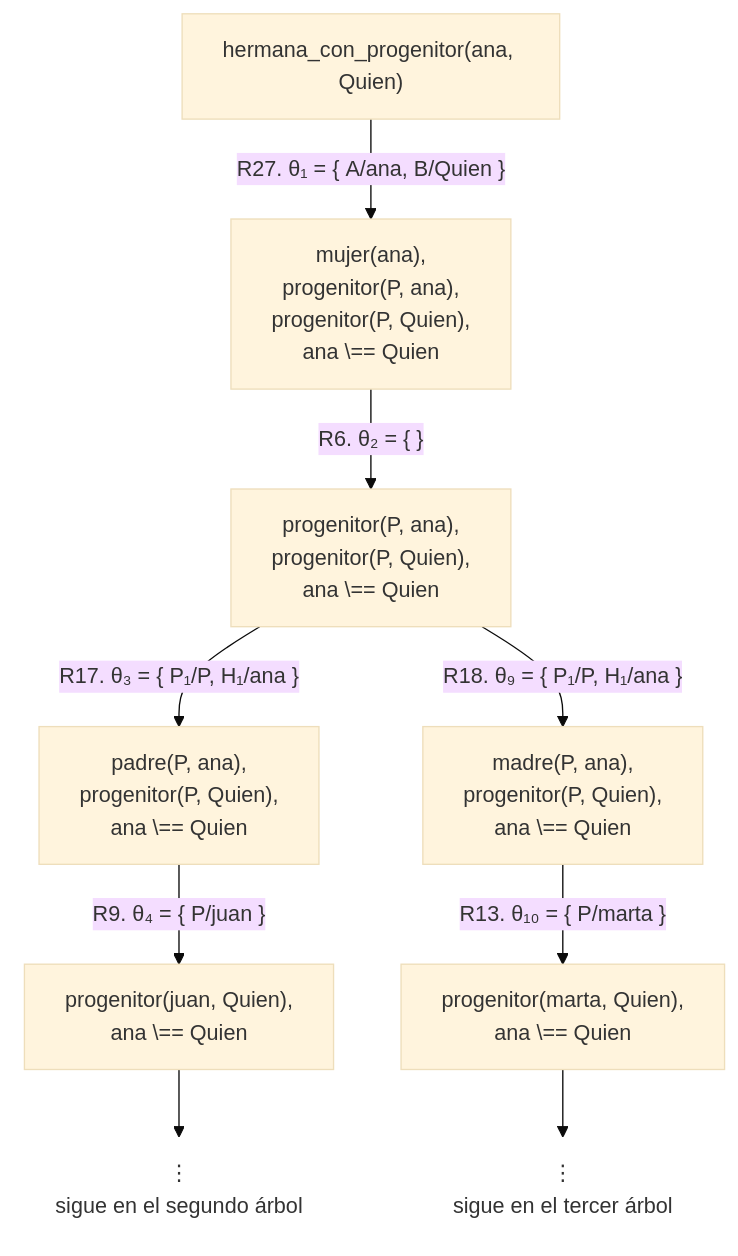
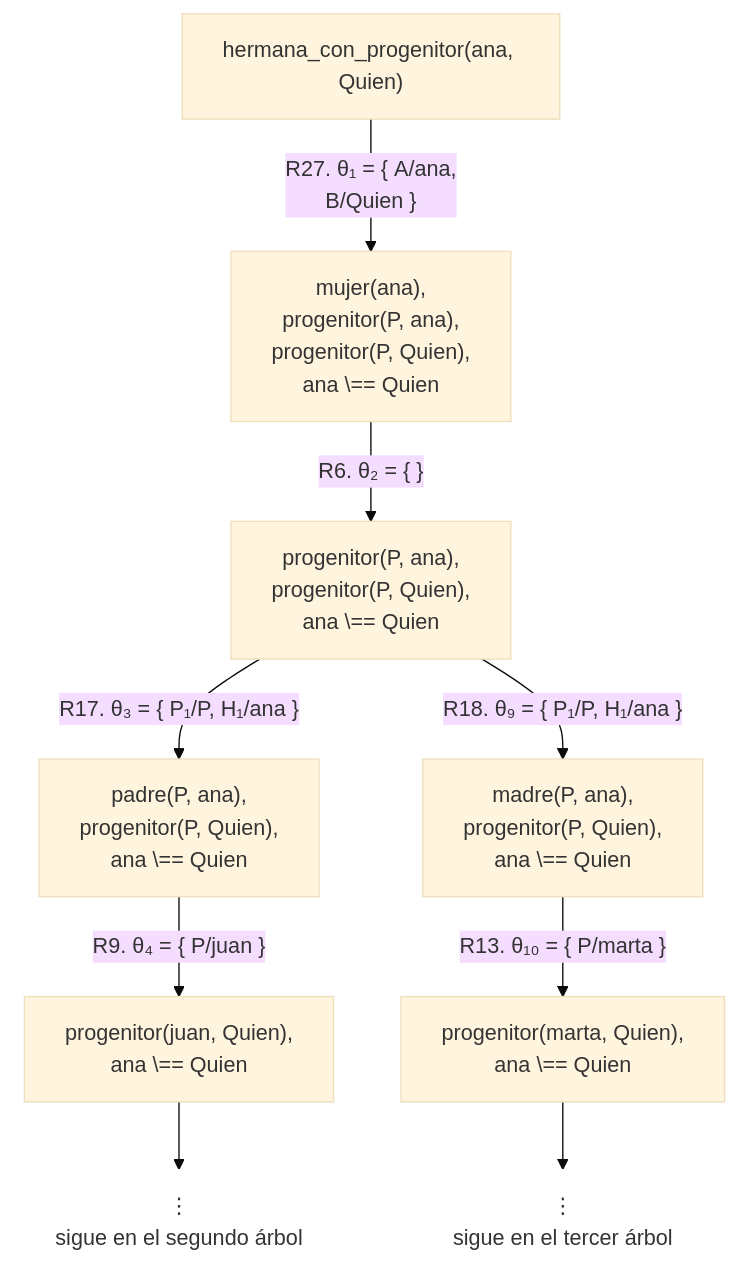
Before and after one commit to CesarBallardini/curso-de-prolog: the second of 6 diagrams in docs/capitulo-03-reglas-y-conjunciones/soluciones.md, drawn with Mermaid (base theme). The commit also changed other lines of this file and 24 other files, not shown here.

First line of the commit message:
feat(docs): botones para ocultar las columnas laterales y etiquetas cortas en los diagramas

````diff
--- a/docs/capitulo-03-reglas-y-conjunciones/soluciones.md
+++ b/docs/capitulo-03-reglas-y-conjunciones/soluciones.md
@@ -204,13 +204,13 @@
 ```mermaid
 flowchart TD
-    A["hermana_con_progenitor(ana, Quien)"] -- "R27. θ₁ = {&nbsp;A/ana, B/Quien&nbsp;}" --> B["mujer(ana),<br/>progenitor(P, ana),<br/>progenitor(P, Quien),<br/>ana \== Quien"]
+    A["hermana_con_progenitor(ana, Quien)"] -- "R27. θ₁ = {&nbsp;A/ana,<br/>B/Quien&nbsp;}" --> B["mujer(ana),<br/>progenitor(P, ana),<br/>progenitor(P, Quien),<br/>ana \== Quien"]
     B -- "R6. θ₂ = {&nbsp;}" --> C["progenitor(P, ana),<br/>progenitor(P, Quien),<br/>ana \== Quien"]
     C -- "R17. θ₃ = {&nbsp;P₁/P, H₁/ana&nbsp;}" --> D["padre(P, ana),<br/>progenitor(P, Quien),<br/>ana \== Quien"]
     C -- "R18. θ₉ = {&nbsp;P₁/P, H₁/ana&nbsp;}" --> E["madre(P, ana),<br/>progenitor(P, Quien),<br/>ana \== Quien"]
     D -- "R9. θ₄ = {&nbsp;P/juan&nbsp;}" --> G["progenitor(juan, Quien),<br/>ana \== Quien"]
     E -- "R13. θ₁₀ = {&nbsp;P/marta&nbsp;}" --> H["progenitor(marta, Quien),<br/>ana \== Quien"]
     G --> V1["⋮<br/>sigue en el segundo árbol"]
     H --> V2["⋮<br/>sigue en el tercer árbol"]
     classDef abierto fill:none,stroke:none;
     class V1,V2 abierto;
 ```
````
